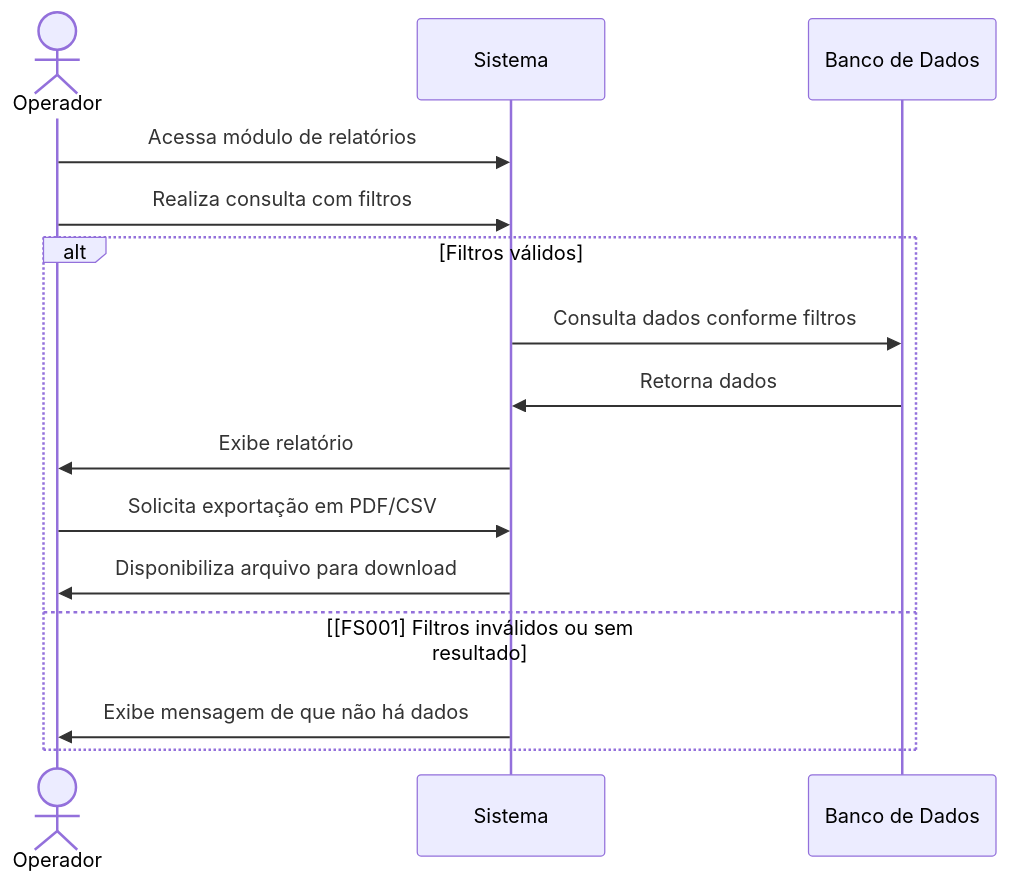
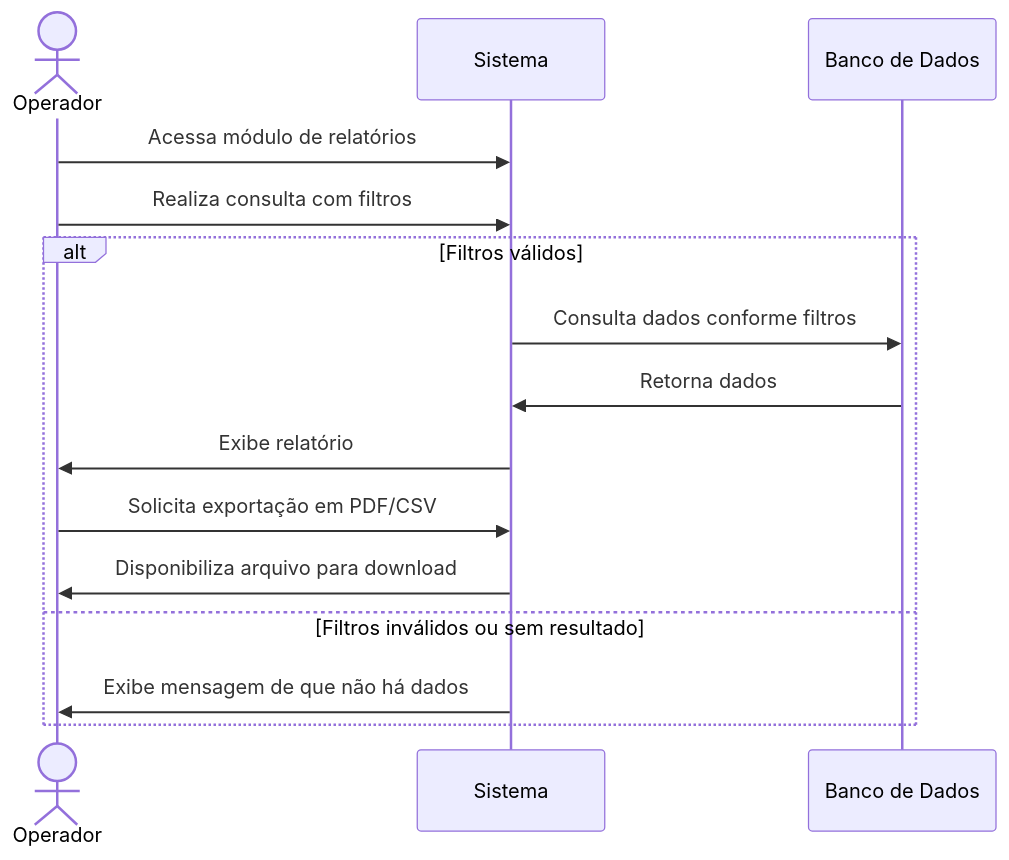
The fifth of 19 diagrams in README.md (gbalbuquerque/IndustriaTintas), drawn with Mermaid before and after one commit. The commit also changed other lines of this file, not shown here.

````diff
--- a/README.md
+++ b/README.md
@@ -291,21 +291,21 @@
 ```mermaid
 sequenceDiagram
 
     actor Operador
     participant Sistema
     participant Banco de Dados
 
     Operador->>Sistema: Acessa módulo de relatórios
     Operador->>Sistema: Realiza consulta com filtros
 
     alt Filtros válidos
         Sistema->>Banco de Dados: Consulta dados conforme filtros
         Banco de Dados->>Sistema: Retorna dados
         Sistema->>Operador: Exibe relatório
         Operador->>Sistema: Solicita exportação em PDF/CSV
         Sistema->>Operador: Disponibiliza arquivo para download
-    else [FS001] Filtros inválidos ou sem resultado
+    else Filtros inválidos ou sem resultado
         Sistema->>Operador: Exibe mensagem de que não há dados
     end
 
 ```
````
